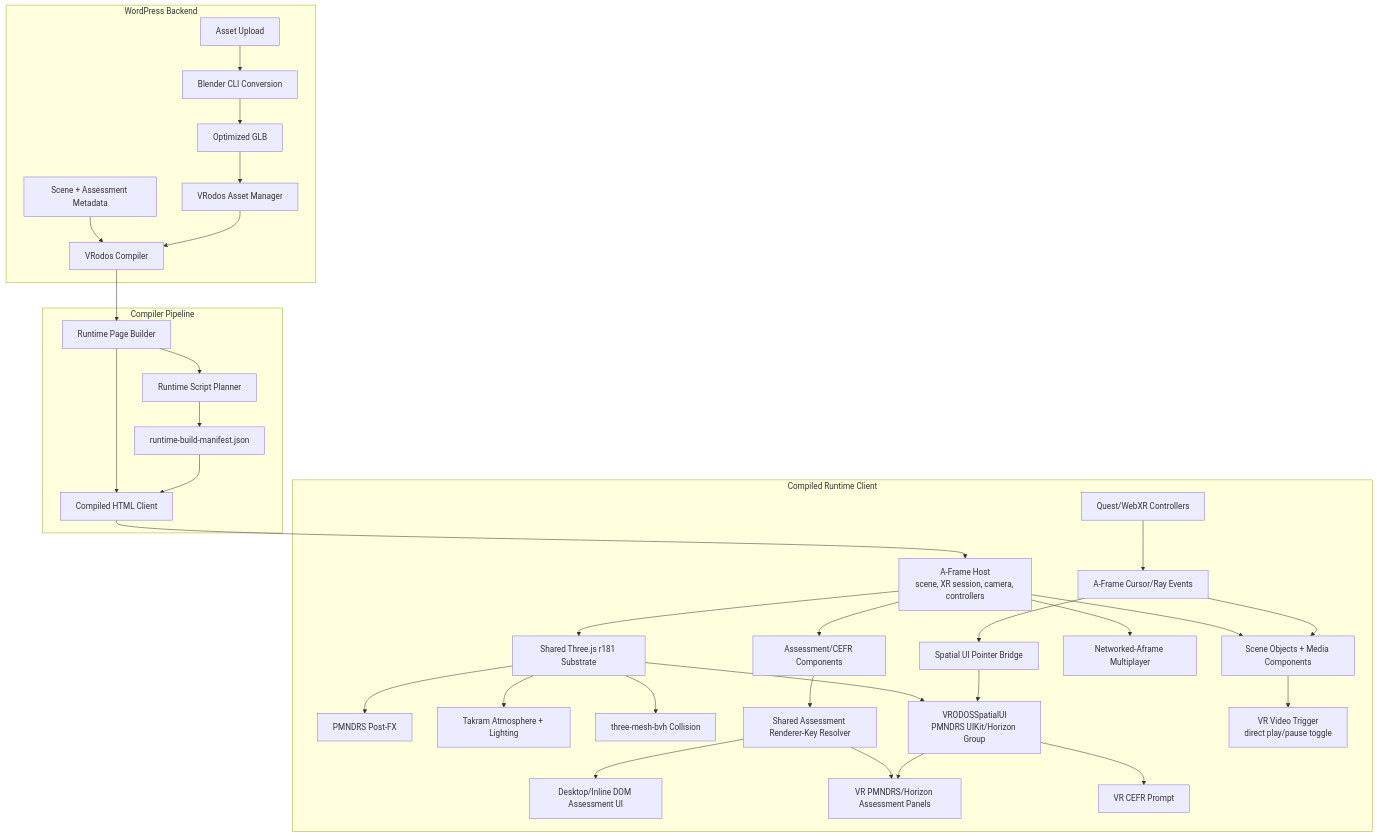
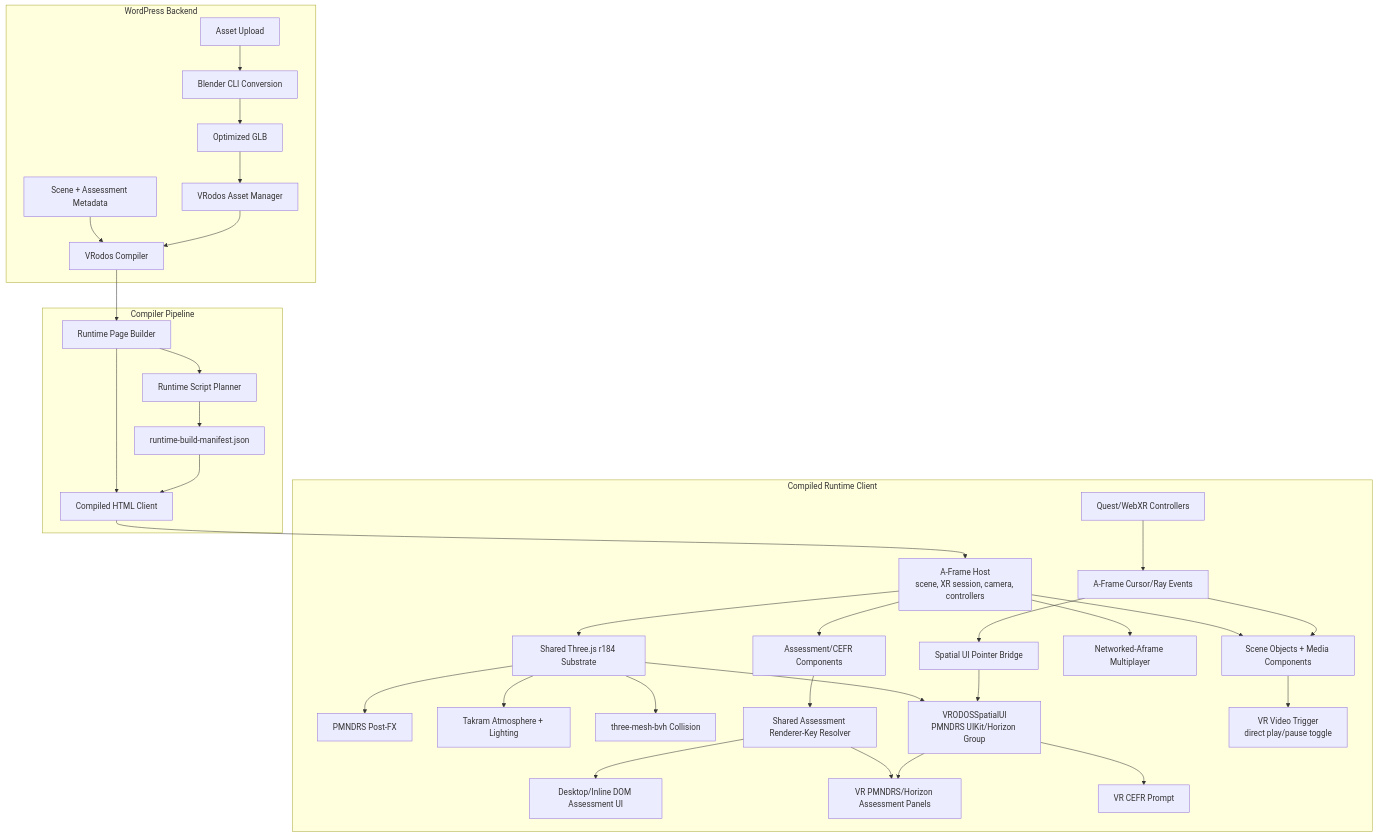
Before and after one commit to VRodos/VRodos: the diagram in documentation/vrodos-compiled-scene-framework-integration.md, drawn with Mermaid. The commit also changed other lines of this file and 56 other files, not shown here.

````diff
--- a/documentation/vrodos-compiled-scene-framework-integration.md
+++ b/documentation/vrodos-compiled-scene-framework-integration.md
@@ -30,44 +30,44 @@
 ```mermaid
 graph TD
     subgraph WordPress["WordPress Backend"]
         Upload["Asset Upload"] --> Blender["Blender CLI Conversion"]
         Blender --> GLB["Optimized GLB"]
         GLB --> AssetManager["VRodos Asset Manager"]
         SceneData["Scene + Assessment Metadata"] --> Compiler["VRodos Compiler"]
         AssetManager --> Compiler
     end
 
     subgraph Compile["Compiler Pipeline"]
         Compiler --> Builder["Runtime Page Builder"]
         Builder --> Planner["Runtime Script Planner"]
         Planner --> Manifest["runtime-build-manifest.json"]
         Builder --> HTML["Compiled HTML Client"]
         Manifest --> HTML
     end
 
     subgraph Runtime["Compiled Runtime Client"]
         HTML --> AFrame["A-Frame Host<br/>scene, XR session, camera, controllers"]
-        AFrame --> Three["Shared Three.js r181 Substrate"]
+        AFrame --> Three["Shared Three.js r184 Substrate"]
         AFrame --> Media["Scene Objects + Media Components"]
         AFrame --> AssessmentHost["Assessment/CEFR Components"]
 
         Three --> PMNDRSPost["PMNDRS Post-FX"]
         Three --> Takram["Takram Atmosphere + Lighting"]
         Three --> BVH["three-mesh-bvh Collision"]
         AFrame --> NAF["Networked-Aframe Multiplayer"]
 
         AssessmentHost --> Resolver["Shared Assessment Renderer-Key Resolver"]
         Resolver --> DesktopDOM["Desktop/Inline DOM Assessment UI"]
         Resolver --> VRPanels["VR PMNDRS/Horizon Assessment Panels"]
 
         Three --> SpatialUI["VRODOSSpatialUI<br/>PMNDRS UIKit/Horizon Group"]
         SpatialUI --> VRPanels
         SpatialUI --> CEFR["VR CEFR Prompt"]
         Media --> VideoToggle["VR Video Trigger<br/>direct play/pause toggle"]
 
         Controllers["Quest/WebXR Controllers"] --> AFramePointers["A-Frame Cursor/Ray Events"]
         AFramePointers --> Media
         AFramePointers --> SpatialBridge["Spatial UI Pointer Bridge"]
         SpatialBridge --> SpatialUI
     end
 ```
````
